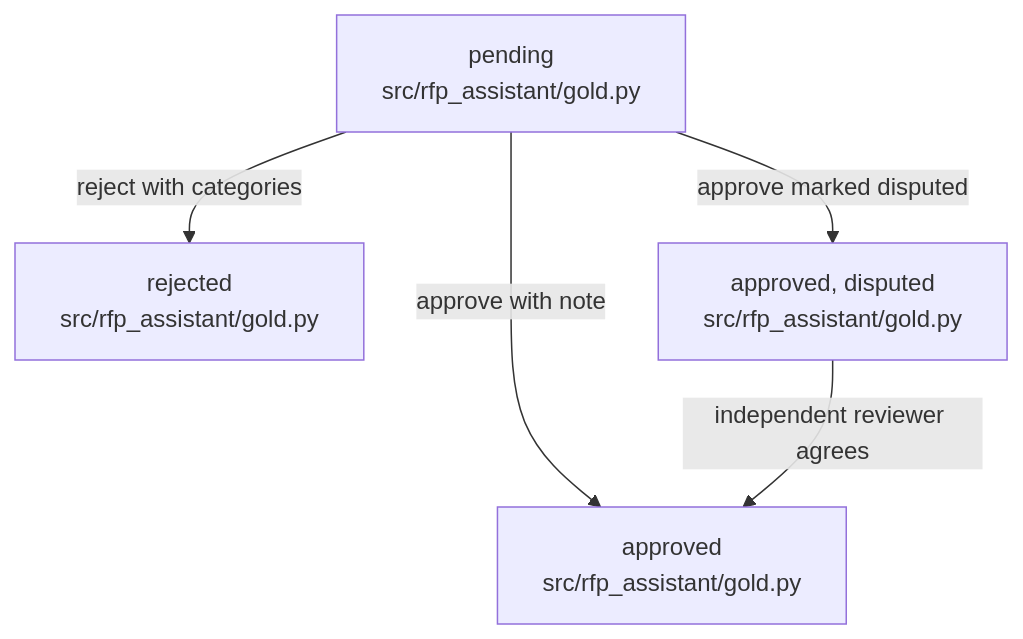
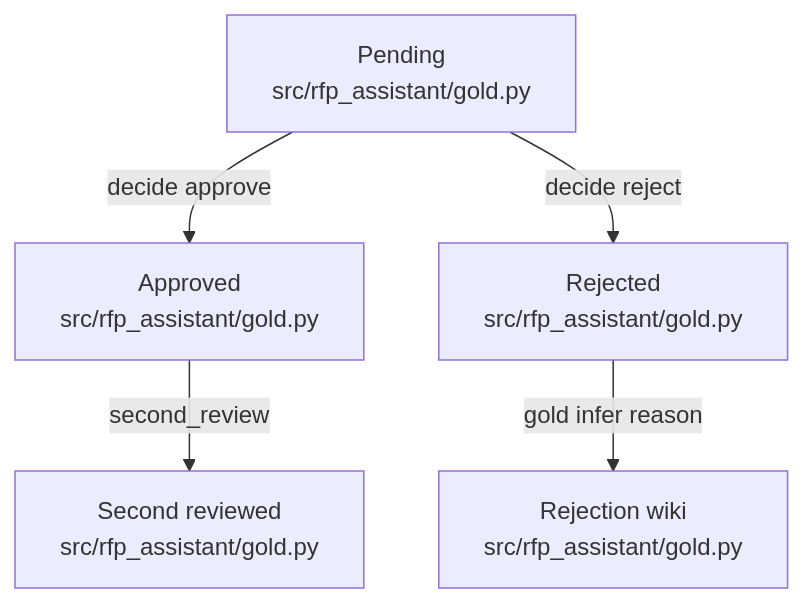
Before and after one commit to littleeeeebit/project-codeit-mid: the diagram in .omm/state-transitions/gold-candidate/diagram.mmd, drawn with Mermaid. The commit also changed 373 other files, not shown here.

```diff
--- a/.omm/state-transitions/gold-candidate/diagram.mmd
+++ b/.omm/state-transitions/gold-candidate/diagram.mmd
@@ -1,9 +1,5 @@
 graph TD
-  pending["pending\nsrc/rfp_assistant/gold.py"]
-  approved["approved\nsrc/rfp_assistant/gold.py"]
-  rejected["rejected\nsrc/rfp_assistant/gold.py"]
-  awaiting_second_review["approved, disputed\nsrc/rfp_assistant/gold.py"]
-  pending -->|"approve with note"| approved
-  pending -->|"reject with categories"| rejected
-  pending -->|"approve marked disputed"| awaiting_second_review
-  awaiting_second_review -->|"independent reviewer agrees"| approved
+  pending["Pending\nsrc/rfp_assistant/gold.py"] -->|"decide approve"| approved["Approved\nsrc/rfp_assistant/gold.py"]
+  pending -->|"decide reject"| rejected["Rejected\nsrc/rfp_assistant/gold.py"]
+  approved -->|"second_review"| second-reviewed["Second reviewed\nsrc/rfp_assistant/gold.py"]
+  rejected -->|"gold infer reason"| rejection-wiki["Rejection wiki\nsrc/rfp_assistant/gold.py"]
```
